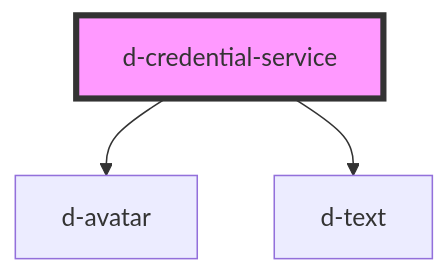
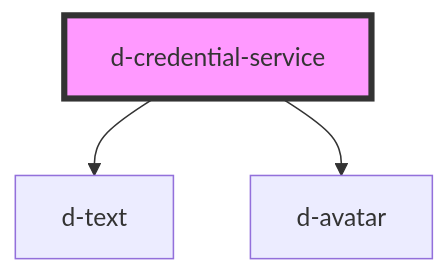
One commit to ForkbombEu/didroom-components changed the diagram in src/components/credential-service/readme.md. Above: the diagram before and after it, drawn with Mermaid. The commit also changed other lines of this file and 3 other files, not shown here.

Commit message:
fix: credential-service restyle

````diff
--- a/src/components/credential-service/readme.md
+++ b/src/components/credential-service/readme.md
@@ -27,6 +28,6 @@
 ```mermaid
 graph TD;
+  d-credential-service --> d-text
   d-credential-service --> d-avatar
-  d-credential-service --> d-text
   style d-credential-service fill:#f9f,stroke:#333,stroke-width:4px
 ```
````
